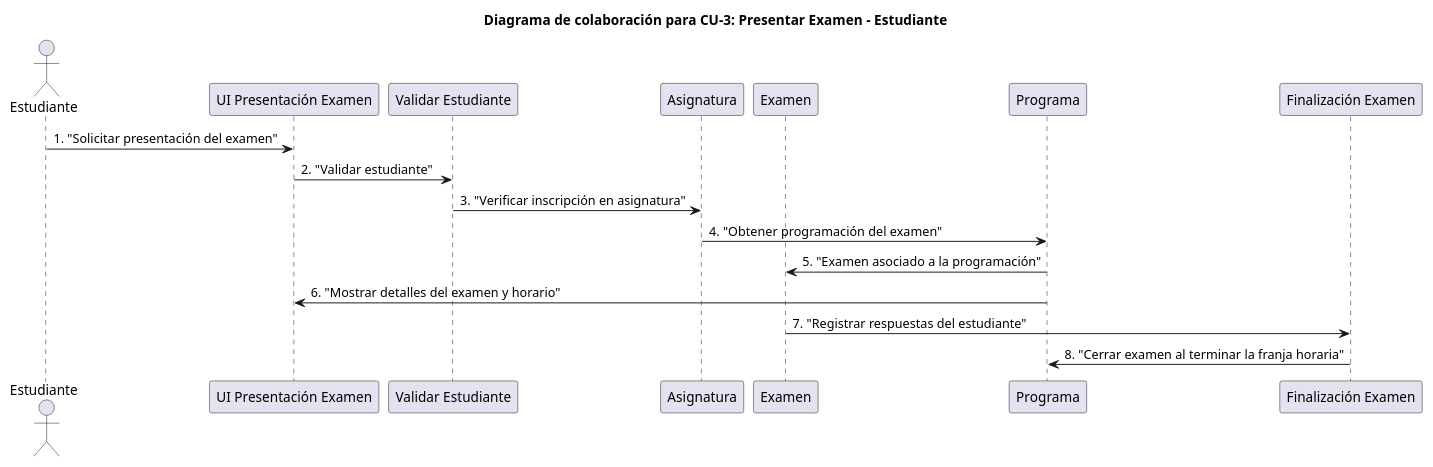
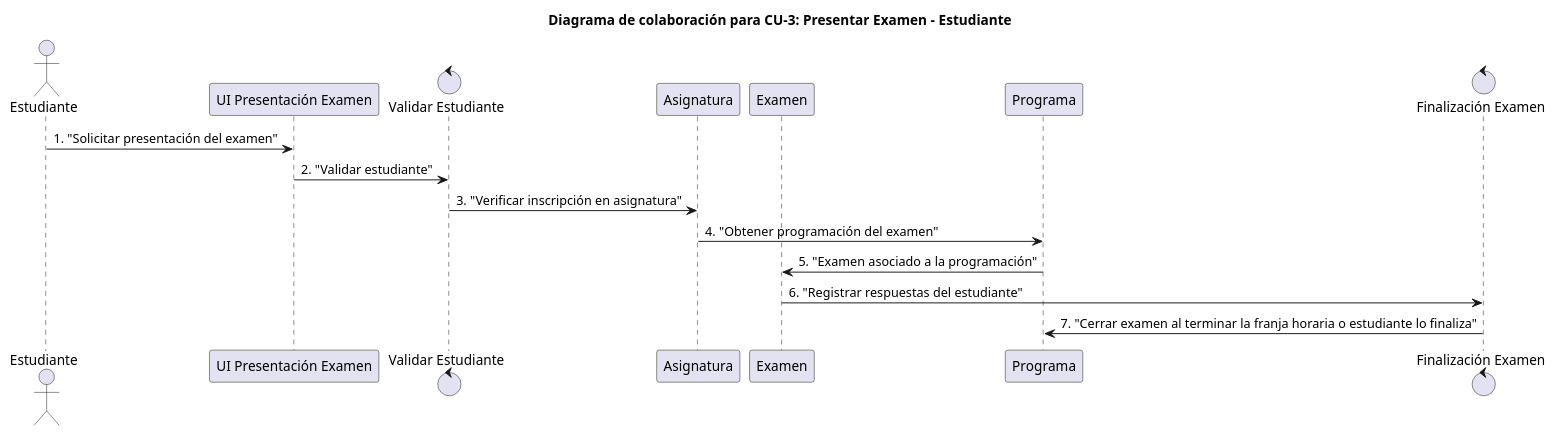
The diagram in Diagramas/DC1_CU2_presentar_examen.wsd (EdwinGuevarahub/Ingenieria-de-software-I), drawn with PlantUML before and after one commit. The commit also changed 1 other file, not shown here.

```diff
--- a/Diagramas/DC1_CU2_presentar_examen.wsd
+++ b/Diagramas/DC1_CU2_presentar_examen.wsd
@@ -1,22 +1,20 @@
 @startuml CU2
 title Diagrama de colaboración para CU-3: Presentar Examen - Estudiante
 
 actor Estudiante
 
 participant UIPresentacion as "UI Presentación Examen"
-participant ValidarEstudiante as "Validar Estudiante"
+control ValidarEstudiante as "Validar Estudiante"
 participant Asignatura as "Asignatura"
 participant Examen as "Examen"
 participant Programa as "Programa"
-participant FinalizacionExamen as "Finalización Examen"
+control FinalizacionExamen as "Finalización Examen"
 
 Estudiante -> UIPresentacion : 1. "Solicitar presentación del examen"
 UIPresentacion -> ValidarEstudiante : 2. "Validar estudiante"
 ValidarEstudiante -> Asignatura : 3. "Verificar inscripción en asignatura"
 Asignatura -> Programa : 4. "Obtener programación del examen"
 Programa -> Examen : 5. "Examen asociado a la programación"
-Programa -> UIPresentacion : 6. "Mostrar detalles del examen y horario"
-
-Examen -> FinalizacionExamen : 7. "Registrar respuestas del estudiante"
-FinalizacionExamen -> Programa : 8. "Cerrar examen al terminar la franja horaria"
+Examen -> FinalizacionExamen : 6. "Registrar respuestas del estudiante"
+FinalizacionExamen -> Programa : 7. "Cerrar examen al terminar la franja horaria o estudiante lo finaliza"
 @enduml
```
